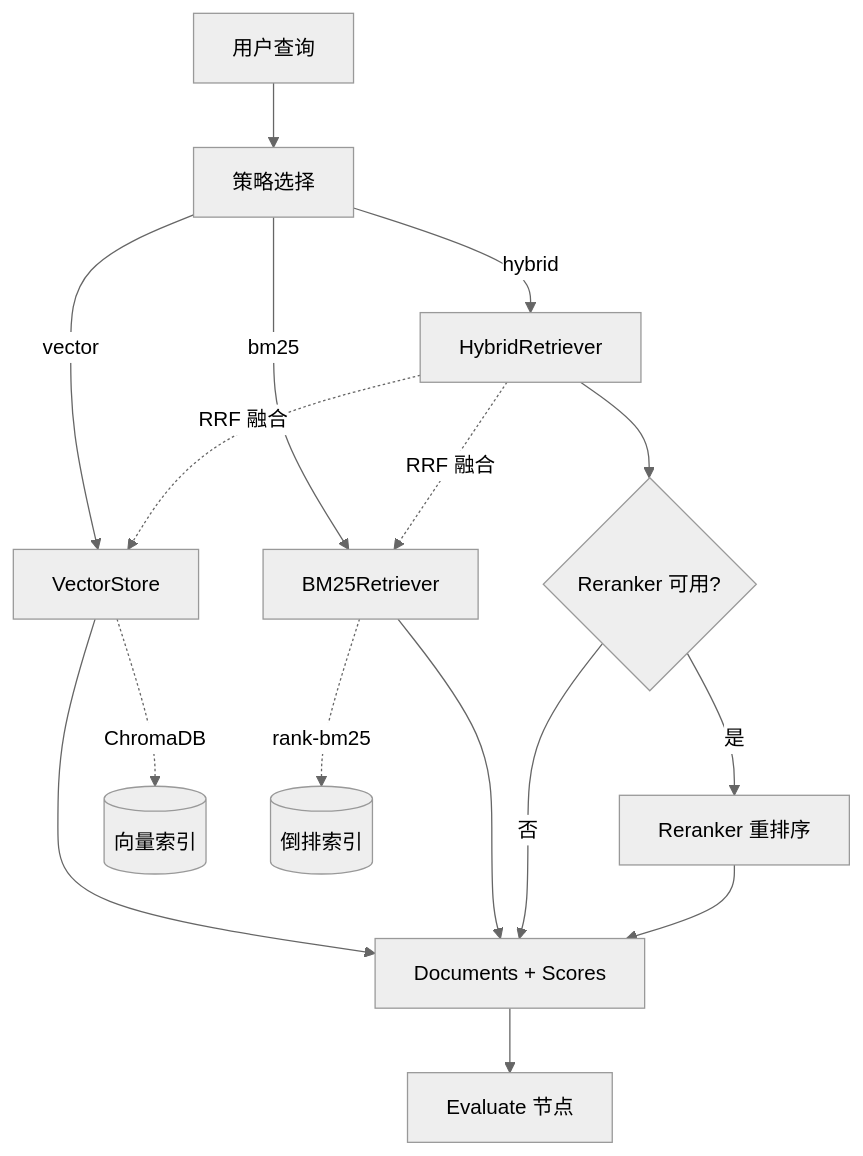
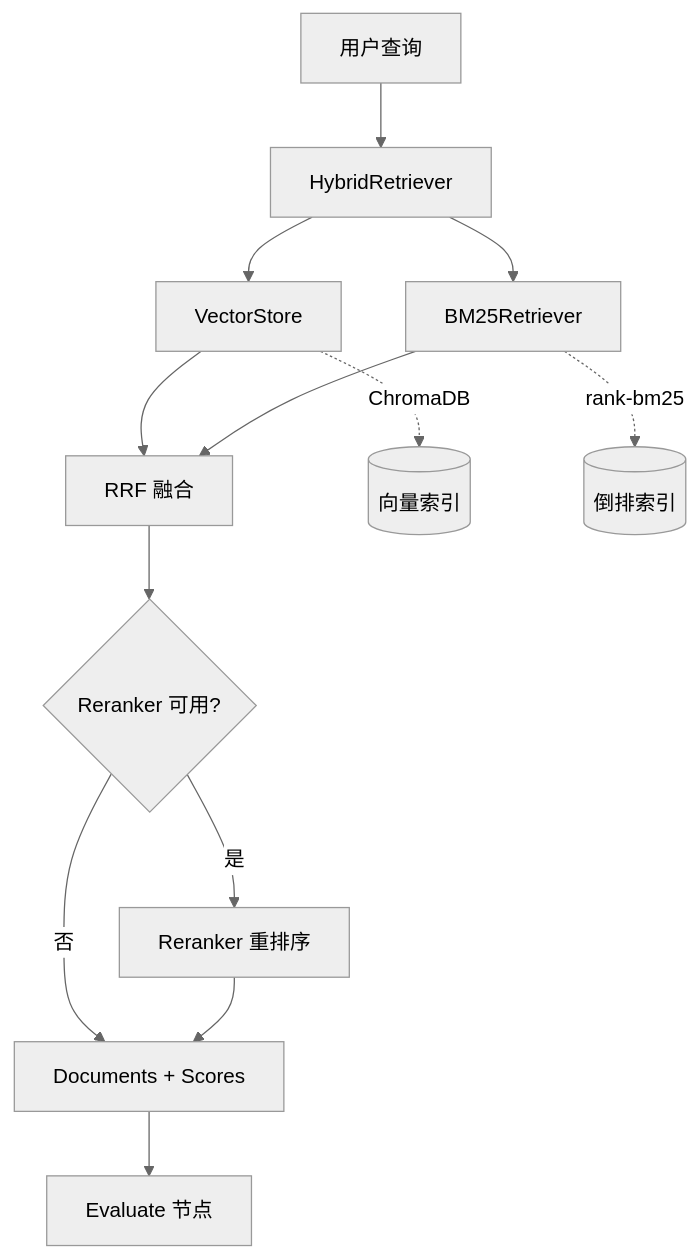
The diagram in docs/modules/retrieval.md (yyc2417/RAGForge), drawn with Mermaid (neutral theme) before and after one commit. The commit also changed other lines of this file and 7 other files, not shown here.

````diff
--- a/docs/modules/retrieval.md
+++ b/docs/modules/retrieval.md
@@ -126,22 +128,15 @@
 ```mermaid
 graph TD
-    Query[用户查询] --> Strategy[策略选择]
-    Strategy -->|vector| VS[VectorStore]
-    Strategy -->|bm25| BM25[BM25Retriever]
-    Strategy -->|hybrid| HR[HybridRetriever]
-    
-    VS --> Docs[Documents + Scores]
-    BM25 --> Docs
-    HR --> Rerank{Reranker 可用?}
-    
+    Query[用户查询] --> HR[HybridRetriever]
+    HR --> VS[VectorStore]
+    HR --> BM25[BM25Retriever]
+    VS --> RRF[RRF 融合]
+    BM25 --> RRF
+    RRF --> Rerank{Reranker 可用?}
     Rerank -->|是| RR[Reranker 重排序]
-    Rerank -->|否| Docs
+    Rerank -->|否| Docs[Documents + Scores]
     RR --> Docs
-    
     Docs --> Eval[Evaluate 节点]
-    
     VS -.ChromaDB.-> VDB[(向量索引)]
     BM25 -.rank-bm25.-> IDX[(倒排索引)]
-    HR -.RRF 融合.-> VS
-    HR -.RRF 融合.-> BM25
 ```
````
